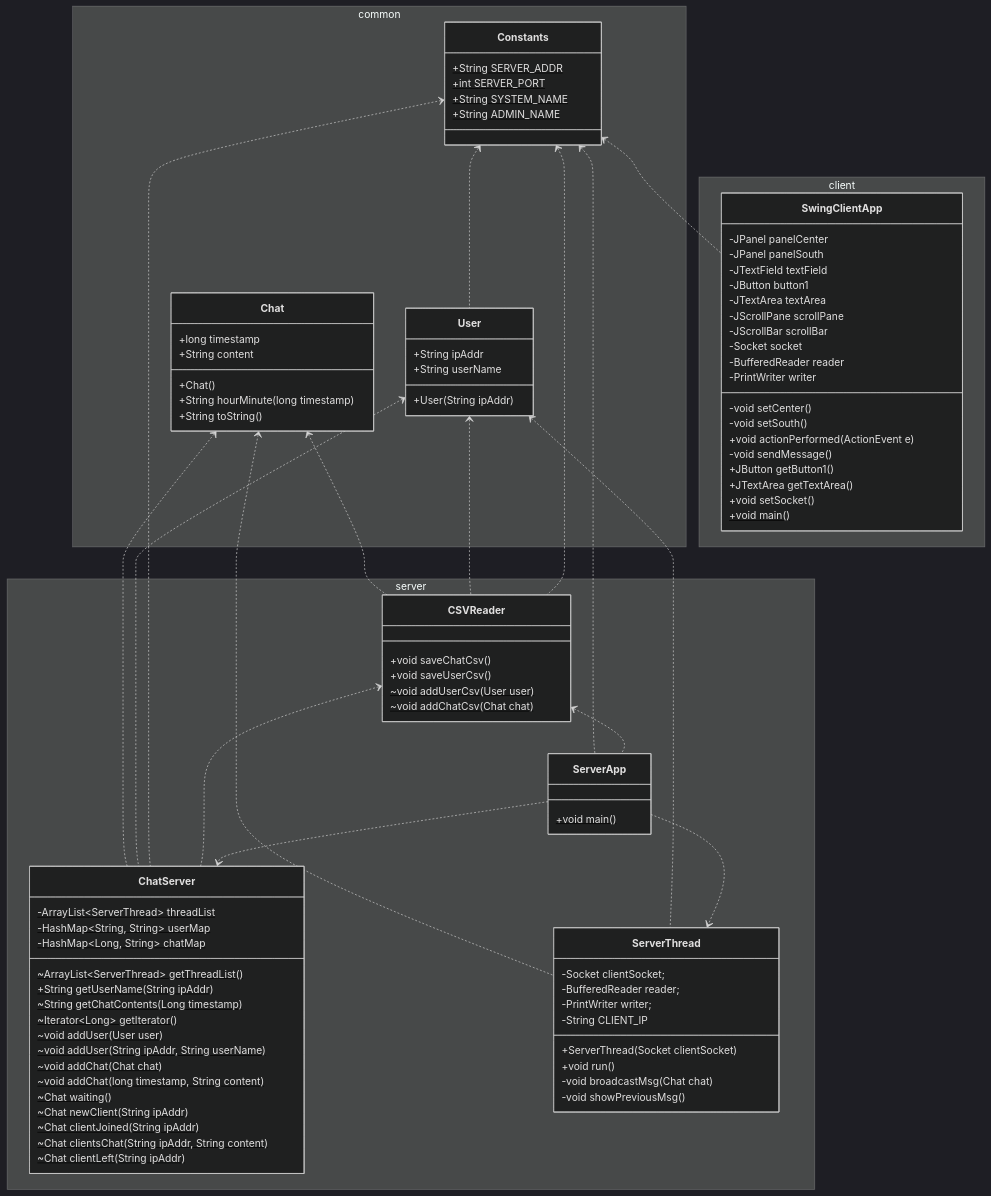
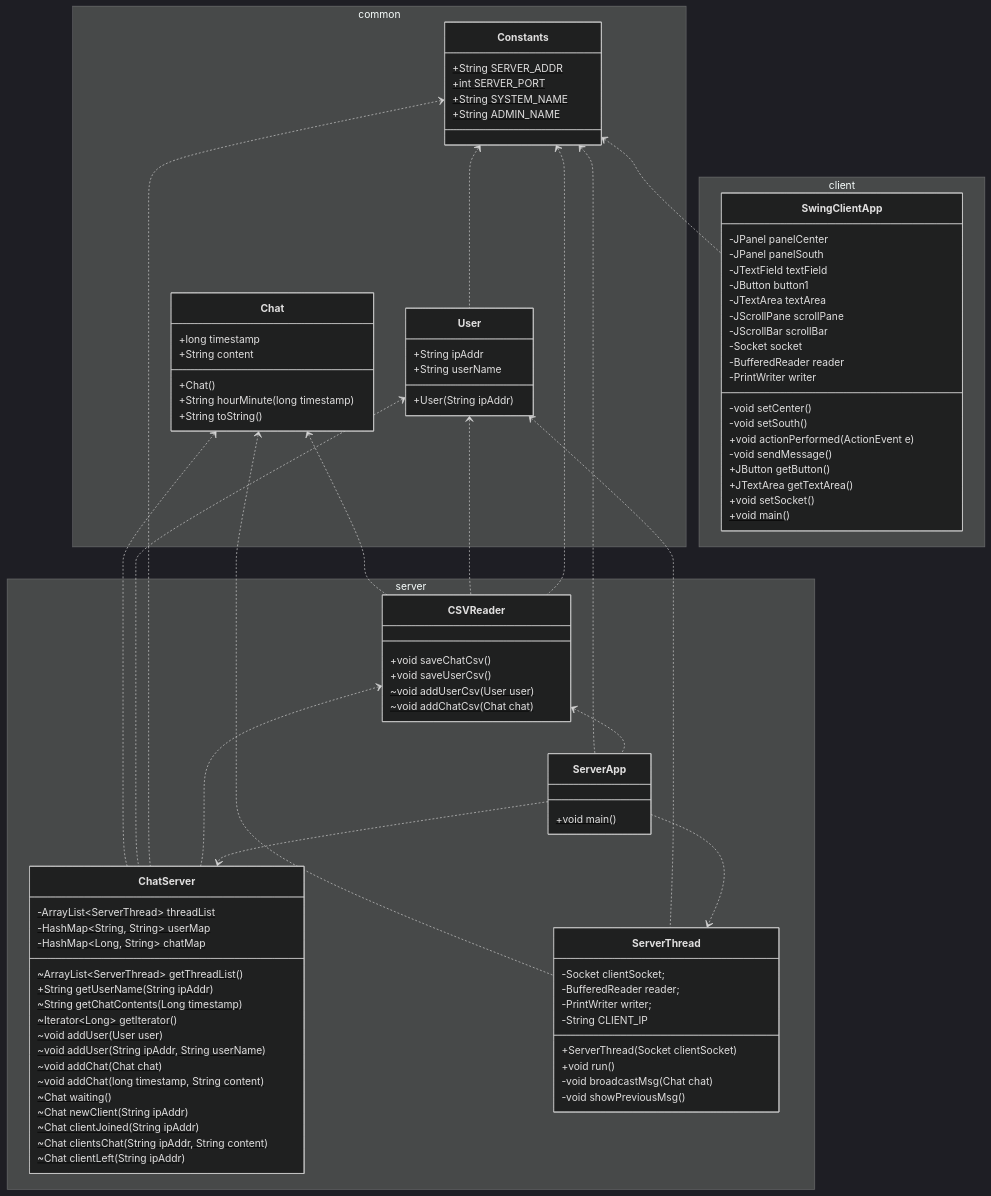
The diagram in README.md (suyons/StrangeChat), drawn with Mermaid (dark theme) before and after one commit. The commit also changed other lines of this file, not shown here.

Commit message:
2024-01-03 23:13 (1) README.md: mermaid-js classDiagram 표시 오류 수정 시도

````diff
--- a/README.md
+++ b/README.md
@@ -40,110 +40,110 @@
 ```mermaid
 classDiagram
-    namespace common {
-        class Chat {
-            +long timestamp
-            +String content
-            +Chat()
-            +String hourMinute(long timestamp)
-            +String toString()            
-        }
-
-        class User {
-            +String ipAddr
-            +String userName
-            +User(String ipAddr)
-        }
-
-        class Constants {
-            +String SERVER_ADDR$
-            +int SERVER_PORT$
-            +String SYSTEM_NAME$
-            +String ADMIN_NAME$
-        }
+namespace common {
+    class Chat {
+        +long timestamp
+        +String content
+        +Chat()
+        +String hourMinute(long timestamp)
+        +String toString()            
     }
 
-    namespace client {
-        class SwingClientApp {
-            -JPanel panelCenter
-            -JPanel panelSouth
-            -JTextField textField
-            -JButton button1
-            -JTextArea textArea
-            -JScrollPane scrollPane
-            -JScrollBar scrollBar
-            -Socket socket
-            -BufferedReader reader
-            -PrintWriter writer
-            -void setCenter()
-            -void setSouth()
-            +void actionPerformed(ActionEvent e)
-            -void sendMessage()
-            +JButton getButton1()
-            +JTextArea getTextArea()
-            +void setSocket()
-            +void main()$
-        }
+    class User {
+        +String ipAddr
+        +String userName
+        +User(String ipAddr)
     }
 
-    namespace server {
-        class ChatServer {
-            -ArrayList~ServerThread~ threadList$
-            -HashMap~String, String~ userMap$
-            -HashMap~Long, String~ chatMap$
-            ~ArrayList~ServerThread~ getThreadList()$
-            +String getUserName(String ipAddr)$
-            ~String getChatContents(Long timestamp)$
-            ~Iterator~Long~ getIterator()$
-            ~void addUser(User user)$
-            ~void addUser(String ipAddr, String userName)$
-            ~void addChat(Chat chat)$
-            ~void addChat(long timestamp, String content)$
-            ~Chat waiting()$
-            ~Chat newClient(String ipAddr)$
-            ~Chat clientJoined(String ipAddr)$
-            ~Chat clientsChat(String ipAddr, String content)$
-            ~Chat clientLeft(String ipAddr)$
-        }
+    class Constants {
+        +String SERVER_ADDR$
+        +int SERVER_PORT$
+        +String SYSTEM_NAME$
+        +String ADMIN_NAME$
+    }
+}
 
-        class ServerThread {
-            -Socket clientSocket;
-            -BufferedReader reader;
-            -PrintWriter writer;
-            -String CLIENT_IP
-            +ServerThread(Socket clientSocket)
-            +void run()
-            -void broadcastMsg(Chat chat)
-            -void showPreviousMsg()
-        }
+namespace client {
+    class SwingClientApp {
+        -JPanel panelCenter
+        -JPanel panelSouth
+        -JTextField textField
+        -JButton button1
+        -JTextArea textArea
+        -JScrollPane scrollPane
+        -JScrollBar scrollBar
+        -Socket socket
+        -BufferedReader reader
+        -PrintWriter writer
+        -void setCenter()
+        -void setSouth()
+        +void actionPerformed(ActionEvent e)
+        -void sendMessage()
+        +JButton getButton()
+        +JTextArea getTextArea()
+        +void setSocket()
+        +void main()$
+    }
+}
 
-        class CSVReader {
-            +void saveChatCsv()
-            +void saveUserCsv()
-            ~void addUserCsv(User user)$
-            ~void addChatCsv(Chat chat)$
-        }
+namespace server {
+    class ChatServer {
+        -ArrayList~ServerThread~ threadList$
+        -HashMap~String, String~ userMap$
+        -HashMap~Long, String~ chatMap$
+        ~ArrayList~ServerThread~ getThreadList()$
+        +String getUserName(String ipAddr)$
+        ~String getChatContents(Long timestamp)$
+        ~Iterator~Long~ getIterator()$
+        ~void addUser(User user)$
+        ~void addUser(String ipAddr, String userName)$
+        ~void addChat(Chat chat)$
+        ~void addChat(long timestamp, String content)$
+        ~Chat waiting()$
+        ~Chat newClient(String ipAddr)$
+        ~Chat clientJoined(String ipAddr)$
+        ~Chat clientsChat(String ipAddr, String content)$
+        ~Chat clientLeft(String ipAddr)$
+    }
 
-        class ServerApp {
-            +void main()$
-        }
+    class ServerThread {
+        -Socket clientSocket;
+        -BufferedReader reader;
+        -PrintWriter writer;
+        -String CLIENT_IP
+        +ServerThread(Socket clientSocket)
+        +void run()
+        -void broadcastMsg(Chat chat)
+        -void showPreviousMsg()
     }
-    Chat <.. ServerThread
-    Chat <.. ChatServer
-    Chat <.. CSVReader
 
-    User <.. ServerThread
-    User <.. ChatServer
-    User <.. CSVReader
+    class CSVReader {
+        +void saveChatCsv()
+        +void saveUserCsv()
+        ~void addUserCsv(User user)$
+        ~void addChatCsv(Chat chat)$
+    }
 
-    Constants <.. SwingClientApp
-    Constants <.. User
-    Constants <.. ChatServer
-    Constants <.. CSVReader
-    Constants <.. ServerApp
+    class ServerApp {
+        +void main()$
+    }
+}
+Chat <.. ServerThread
+Chat <.. ChatServer
+Chat <.. CSVReader
 
-    CSVReader <.. ChatServer
-    CSVReader <.. ServerApp
+User <.. ServerThread
+User <.. ChatServer
+User <.. CSVReader
 
-    ServerApp ..> ChatServer
-    ServerApp ..> ServerThread
+Constants <.. SwingClientApp
+Constants <.. User
+Constants <.. ChatServer
+Constants <.. CSVReader
+Constants <.. ServerApp
+
+CSVReader <.. ChatServer
+CSVReader <.. ServerApp
+
+ServerApp ..> ChatServer
+ServerApp ..> ServerThread
 ```
````
